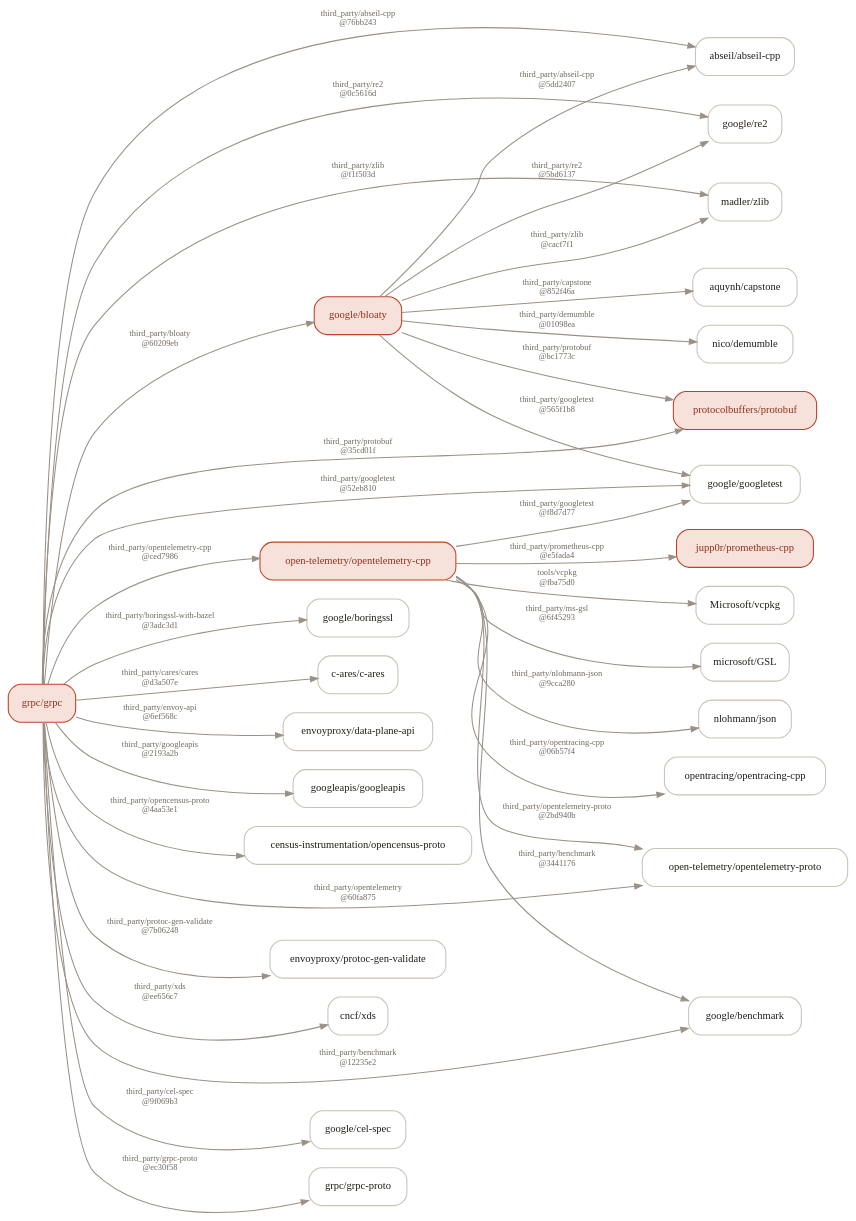
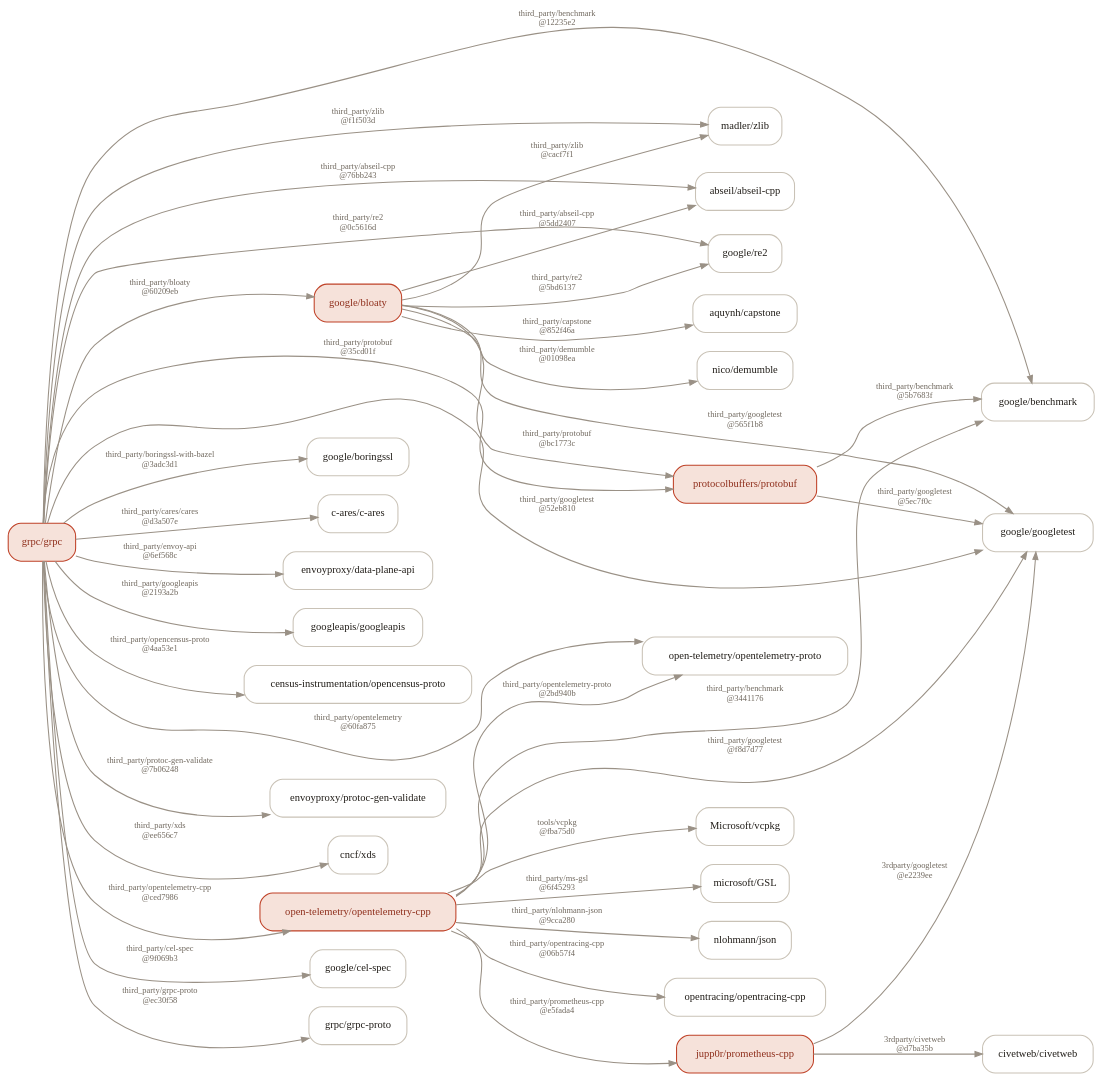
One commit to playground050/nested-gitmodules-graph changed the diagram in examples/grpc-grpc.dot. Above: the diagram before and after it, drawn with Graphviz. The commit also changed 6 other files, not shown here.

```diff
--- a/examples/grpc-grpc.dot
+++ b/examples/grpc-grpc.dot
@@ -1,68 +1,73 @@
 digraph submodules {
   rankdir=LR;
   bgcolor="transparent";
   node [shape=box, style="filled,rounded", fillcolor="#ffffff", color="#c9c2b6",
         fontname="IBM Plex Mono", fontsize=10, fontcolor="#211d18", margin="0.12,0.06"];
   edge [color="#9a9186", fontname="IBM Plex Mono", fontsize=8, fontcolor="#6f675d", arrowsize=0.7];
 
   R_grpc_grpc [label="grpc/grpc", fillcolor="#f6e2da", color="#bf4127", fontcolor="#8f2f1c"];
   R_abseil_abseil_cpp [label="abseil/abseil-cpp"];
   R_google_benchmark [label="google/benchmark"];
   R_google_bloaty [label="google/bloaty", fillcolor="#f6e2da", color="#bf4127", fontcolor="#8f2f1c"];
   R_google_re2 [label="google/re2"];
   R_google_googletest [label="google/googletest"];
   R_protocolbuffers_protobuf [label="protocolbuffers/protobuf", fillcolor="#f6e2da", color="#bf4127", fontcolor="#8f2f1c"];
   R_aquynh_capstone [label="aquynh/capstone"];
   R_nico_demumble [label="nico/demumble"];
   R_madler_zlib [label="madler/zlib"];
   R_google_boringssl [label="google/boringssl"];
   R_c_ares_c_ares [label="c-ares/c-ares"];
   R_envoyproxy_data_plane_api [label="envoyproxy/data-plane-api"];
   R_googleapis_googleapis [label="googleapis/googleapis"];
   R_census_instrumentation_opencensus_proto [label="census-instrumentation/opencensus-proto"];
   R_open_telemetry_opentelemetry_proto [label="open-telemetry/opentelemetry-proto"];
   R_envoyproxy_protoc_gen_validate [label="envoyproxy/protoc-gen-validate"];
   R_cncf_xds [label="cncf/xds"];
   R_open_telemetry_opentelemetry_cpp [label="open-telemetry/opentelemetry-cpp", fillcolor="#f6e2da", color="#bf4127", fontcolor="#8f2f1c"];
   R_jupp0r_prometheus_cpp [label="jupp0r/prometheus-cpp", fillcolor="#f6e2da", color="#bf4127", fontcolor="#8f2f1c"];
+  R_civetweb_civetweb [label="civetweb/civetweb"];
   R_Microsoft_vcpkg [label="Microsoft/vcpkg"];
   R_microsoft_GSL [label="microsoft/GSL"];
   R_nlohmann_json [label="nlohmann/json"];
   R_opentracing_opentracing_cpp [label="opentracing/opentracing-cpp"];
   R_google_cel_spec [label="google/cel-spec"];
   R_grpc_grpc_proto [label="grpc/grpc-proto"];
 
   R_grpc_grpc -> R_abseil_abseil_cpp [label=" third_party/abseil-cpp\n @76bb243"];
   R_grpc_grpc -> R_google_benchmark [label=" third_party/benchmark\n @12235e2"];
   R_grpc_grpc -> R_google_bloaty [label=" third_party/bloaty\n @60209eb"];
   R_google_bloaty -> R_google_re2 [label=" third_party/re2\n @5bd6137"];
   R_google_bloaty -> R_google_googletest [label=" third_party/googletest\n @565f1b8"];
   R_google_bloaty -> R_abseil_abseil_cpp [label=" third_party/abseil-cpp\n @5dd2407"];
   R_google_bloaty -> R_protocolbuffers_protobuf [label=" third_party/protobuf\n @bc1773c"];
+  R_protocolbuffers_protobuf -> R_google_benchmark [label=" third_party/benchmark\n @5b7683f"];
+  R_protocolbuffers_protobuf -> R_google_googletest [label=" third_party/googletest\n @5ec7f0c"];
   R_google_bloaty -> R_aquynh_capstone [label=" third_party/capstone\n @852f46a"];
   R_google_bloaty -> R_nico_demumble [label=" third_party/demumble\n @01098ea"];
   R_google_bloaty -> R_madler_zlib [label=" third_party/zlib\n @cacf7f1"];
   R_grpc_grpc -> R_google_boringssl [label=" third_party/boringssl-with-bazel\n @3adc3d1"];
   R_grpc_grpc -> R_c_ares_c_ares [label=" third_party/cares/cares\n @d3a507e"];
   R_grpc_grpc -> R_envoyproxy_data_plane_api [label=" third_party/envoy-api\n @6ef568c"];
   R_grpc_grpc -> R_googleapis_googleapis [label=" third_party/googleapis\n @2193a2b"];
   R_grpc_grpc -> R_google_googletest [label=" third_party/googletest\n @52eb810"];
   R_grpc_grpc -> R_census_instrumentation_opencensus_proto [label=" third_party/opencensus-proto\n @4aa53e1"];
   R_grpc_grpc -> R_open_telemetry_opentelemetry_proto [label=" third_party/opentelemetry\n @60fa875"];
   R_grpc_grpc -> R_protocolbuffers_protobuf [label=" third_party/protobuf\n @35cd01f"];
   R_grpc_grpc -> R_envoyproxy_protoc_gen_validate [label=" third_party/protoc-gen-validate\n @7b06248"];
   R_grpc_grpc -> R_google_re2 [label=" third_party/re2\n @0c5616d"];
   R_grpc_grpc -> R_cncf_xds [label=" third_party/xds\n @ee656c7"];
   R_grpc_grpc -> R_madler_zlib [label=" third_party/zlib\n @f1f503d"];
   R_grpc_grpc -> R_open_telemetry_opentelemetry_cpp [label=" third_party/opentelemetry-cpp\n @ced7986"];
   R_open_telemetry_opentelemetry_cpp -> R_jupp0r_prometheus_cpp [label=" third_party/prometheus-cpp\n @e5fada4"];
+  R_jupp0r_prometheus_cpp -> R_google_googletest [label=" 3rdparty/googletest\n @e2239ee"];
+  R_jupp0r_prometheus_cpp -> R_civetweb_civetweb [label=" 3rdparty/civetweb\n @d7ba35b"];
   R_open_telemetry_opentelemetry_cpp -> R_Microsoft_vcpkg [label=" tools/vcpkg\n @fba75d0"];
   R_open_telemetry_opentelemetry_cpp -> R_microsoft_GSL [label=" third_party/ms-gsl\n @6f45293"];
   R_open_telemetry_opentelemetry_cpp -> R_google_googletest [label=" third_party/googletest\n @f8d7d77"];
   R_open_telemetry_opentelemetry_cpp -> R_google_benchmark [label=" third_party/benchmark\n @3441176"];
   R_open_telemetry_opentelemetry_cpp -> R_open_telemetry_opentelemetry_proto [label=" third_party/opentelemetry-proto\n @2bd940b"];
   R_open_telemetry_opentelemetry_cpp -> R_nlohmann_json [label=" third_party/nlohmann-json\n @9cca280"];
   R_open_telemetry_opentelemetry_cpp -> R_opentracing_opentracing_cpp [label=" third_party/opentracing-cpp\n @06b57f4"];
   R_grpc_grpc -> R_google_cel_spec [label=" third_party/cel-spec\n @9f069b3"];
   R_grpc_grpc -> R_grpc_grpc_proto [label=" third_party/grpc-proto\n @ec30f58"];
 }
```
